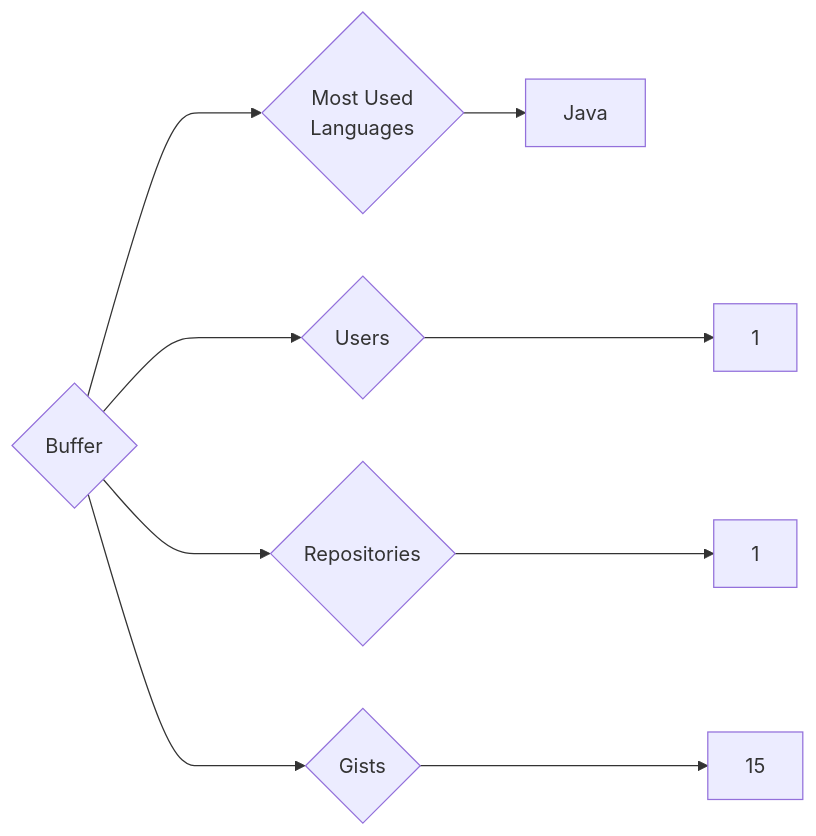
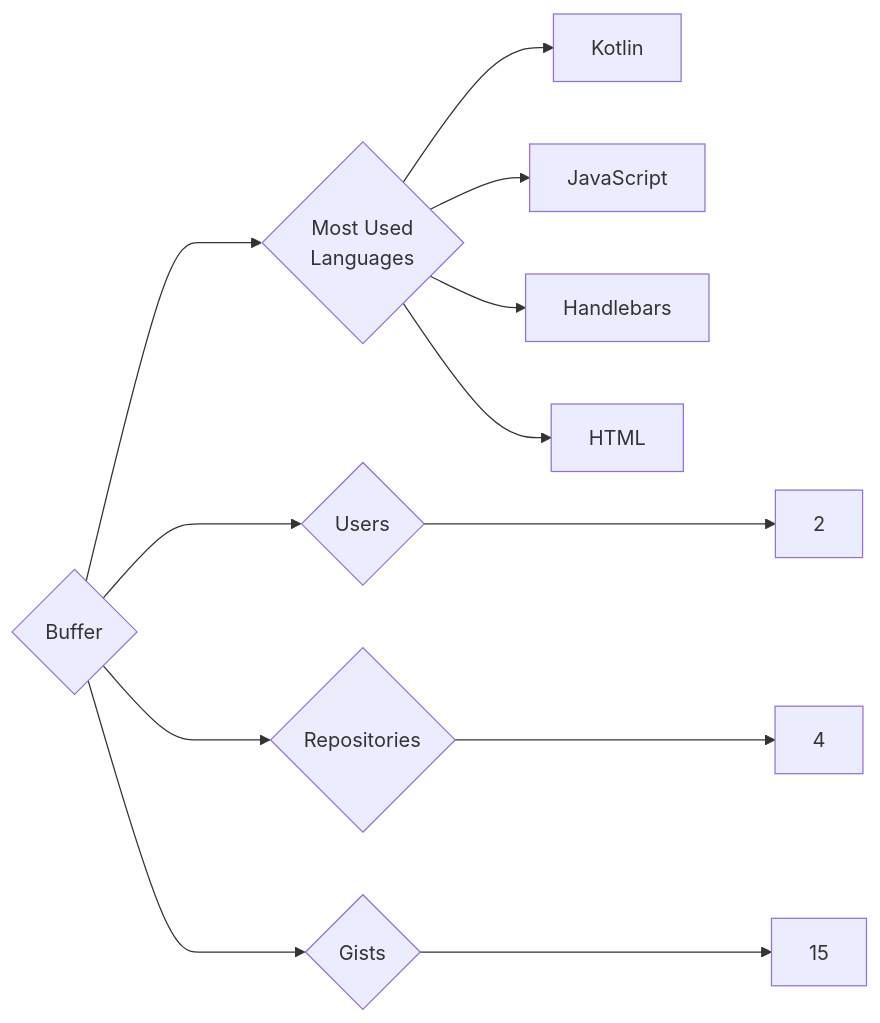
Before and after one commit to trickest/insiders: the diagram in targets/Buffer/README.md, drawn with Mermaid. The commit also changed 938 other files, not shown here.

````diff
--- a/targets/Buffer/README.md
+++ b/targets/Buffer/README.md
@@ -3,9 +3,12 @@
 ```mermaid
 graph LR
 COMPANY_NAME{Buffer}
-COMPANY_NAME ---> U{Users} ---> UN[1]
-COMPANY_NAME ---> R{Repositories} ---> RN[1]
+COMPANY_NAME ---> U{Users} ---> UN[2]
+COMPANY_NAME ---> R{Repositories} ---> RN[4]
 COMPANY_NAME ---> G{Gists} ---> GN[15]
 COMPANY_NAME ---> ML{Most Used<br>Languages}
-ML --> Java[Java]
+ML --> Kotlin[Kotlin]
+ML --> JavaScript[JavaScript]
+ML --> Handlebars[Handlebars]
+ML --> HTML[HTML]
 ```
````
